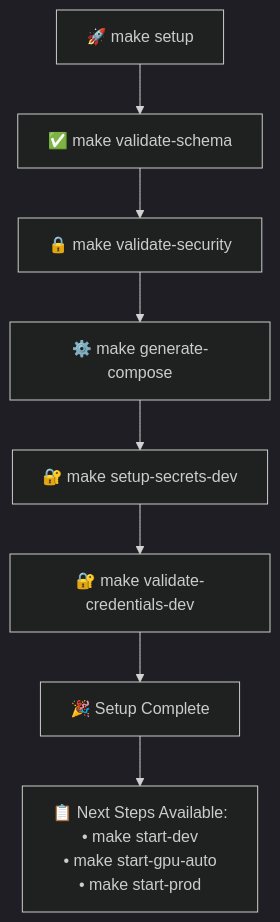
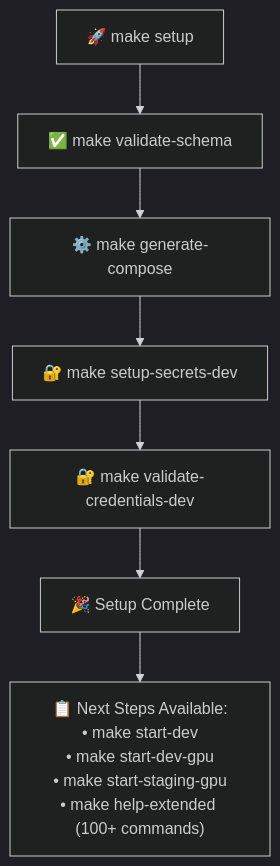
Before and after one commit to markwoitaszek/llm-multimodal-stack: the second of 8 diagrams in ENHANCED_WORKFLOW_DIAGRAM.md, drawn with Mermaid (dark theme). The commit also changed other lines of this file and 10 other files, not shown here.

````diff
--- a/ENHANCED_WORKFLOW_DIAGRAM.md
+++ b/ENHANCED_WORKFLOW_DIAGRAM.md
@@ -251,11 +261,10 @@
 ```mermaid
 flowchart TD
     Start["🚀 make setup"] --> ValidateSchema["✅ make validate-schema"]
-    ValidateSchema --> ValidateSecurity["🔒 make validate-security"]
-    ValidateSecurity --> GenerateCompose["⚙️ make generate-compose"]
+    ValidateSchema --> GenerateCompose["⚙️ make generate-compose"]
     GenerateCompose --> SetupSecrets["🔐 make setup-secrets-dev"]
     SetupSecrets --> ValidateCredentials["🔐 make validate-credentials-dev"]
     ValidateCredentials --> Complete["🎉 Setup Complete"]
     
-    Complete --> NextSteps["📋 Next Steps Available:<br/>• make start-dev<br/>• make start-gpu-auto<br/>• make start-prod"]
+    Complete --> NextSteps["📋 Next Steps Available:<br/>• make start-dev<br/>• make start-dev-gpu<br/>• make start-staging-gpu<br/>• make help-extended (100+ commands)"]
 ```
````
